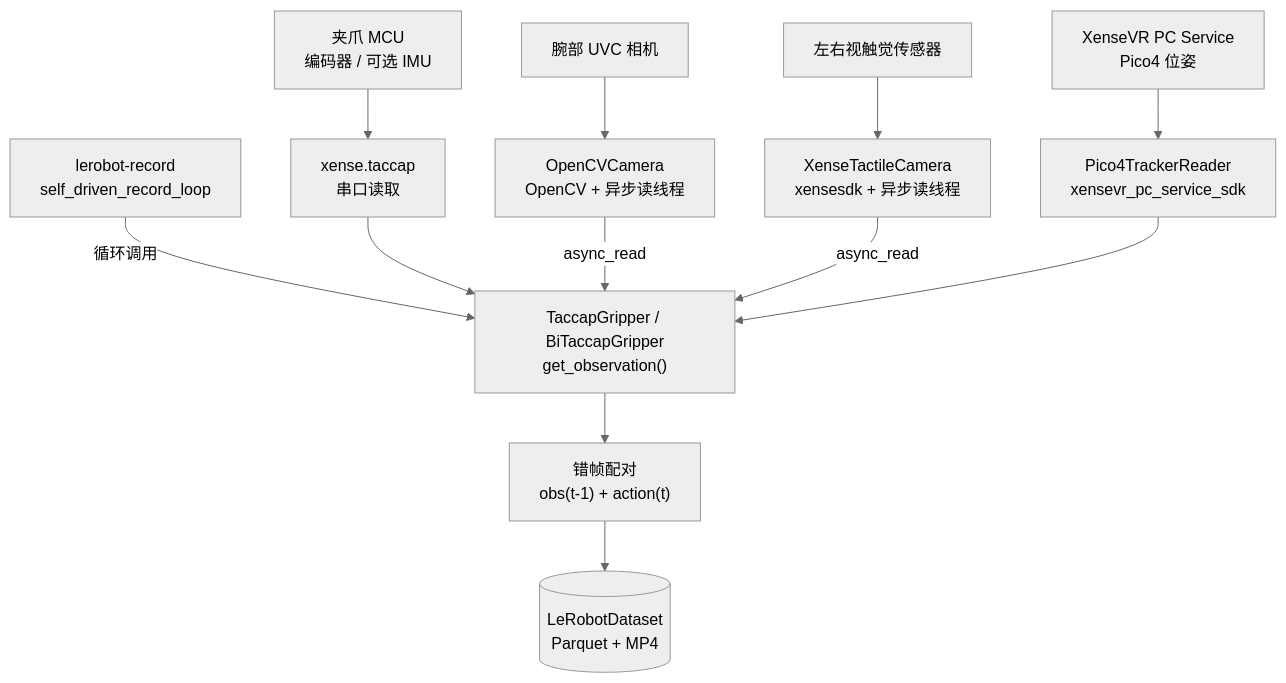
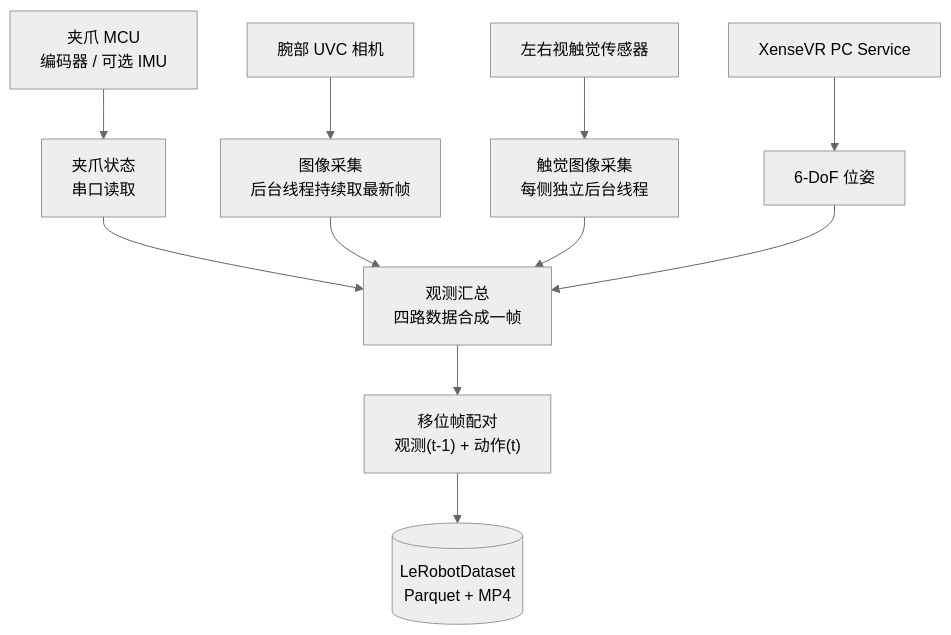
The second of 2 diagrams in docs/01-overview.md (Vertax42/taccap-gripper-docs), drawn with Mermaid (neutral theme) before and after one commit. The commit also changed other lines of this file and 16 other files, not shown here.

````diff
--- a/docs/01-overview.md
+++ b/docs/01-overview.md
@@ -66,17 +65,15 @@
 ```mermaid
 flowchart TB
-    REC["lerobot-record<br/>self_driven_record_loop"] -->|循环调用| ROBOT["TaccapGripper / BiTaccapGripper<br/>get_observation()"]
+    MCU[夹爪 MCU<br/>编码器 / 可选 IMU] --> SDK[夹爪状态<br/>串口读取]
+    WRIST[腕部 UVC 相机] --> CV[图像采集<br/>后台线程持续取最新帧]
+    TACT[左右视触觉传感器] --> XS[触觉图像采集<br/>每侧独立后台线程]
+    PICO[XenseVR PC Service] --> TRACK[6-DoF 位姿]
 
-    MCU[夹爪 MCU<br/>编码器 / 可选 IMU] --> SDK[xense.taccap<br/>串口读取]
-    WRIST[腕部 UVC 相机] --> CV[OpenCVCamera<br/>OpenCV + 异步读线程]
-    TACT[左右视触觉传感器] --> XS[XenseTactileCamera<br/>xensesdk + 异步读线程]
-    PICO[XenseVR PC Service<br/>Pico4 位姿] --> TRACK[Pico4TrackerReader<br/>xensevr_pc_service_sdk]
-
-    SDK --> ROBOT
-    CV -- async_read --> ROBOT
-    XS -- async_read --> ROBOT
+    SDK --> ROBOT["观测汇总<br/>四路数据合成一帧"]
+    CV --> ROBOT
+    XS --> ROBOT
     TRACK --> ROBOT
 
-    ROBOT --> PAIR["错帧配对<br/>obs(t-1) + action(t)"]
+    ROBOT --> PAIR["移位帧配对<br/>观测(t-1) + 动作(t)"]
     PAIR --> DS[(LeRobotDataset<br/>Parquet + MP4)]
 ```
````
